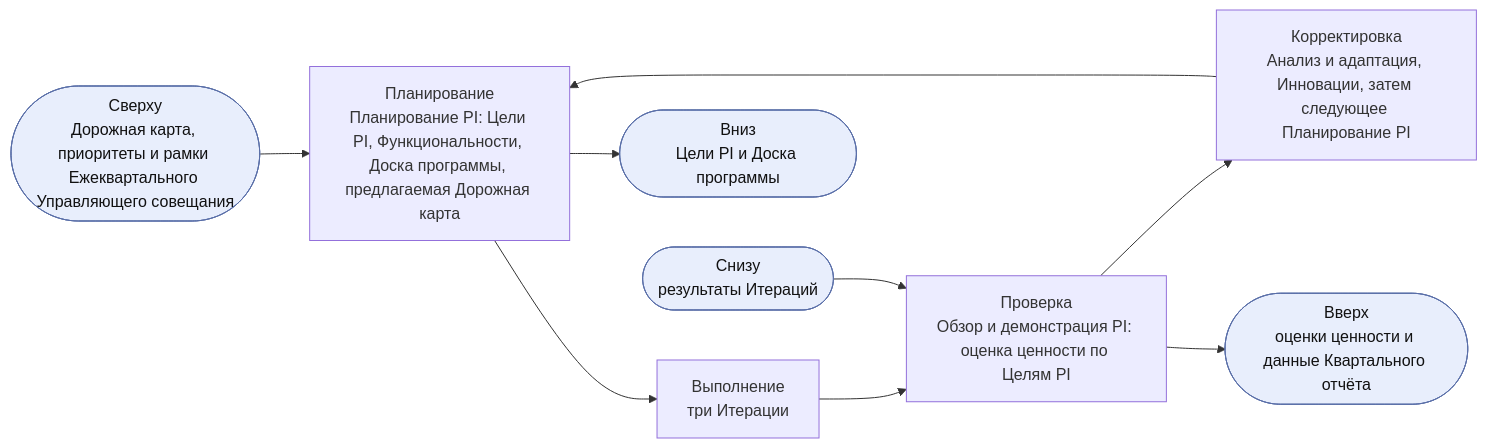
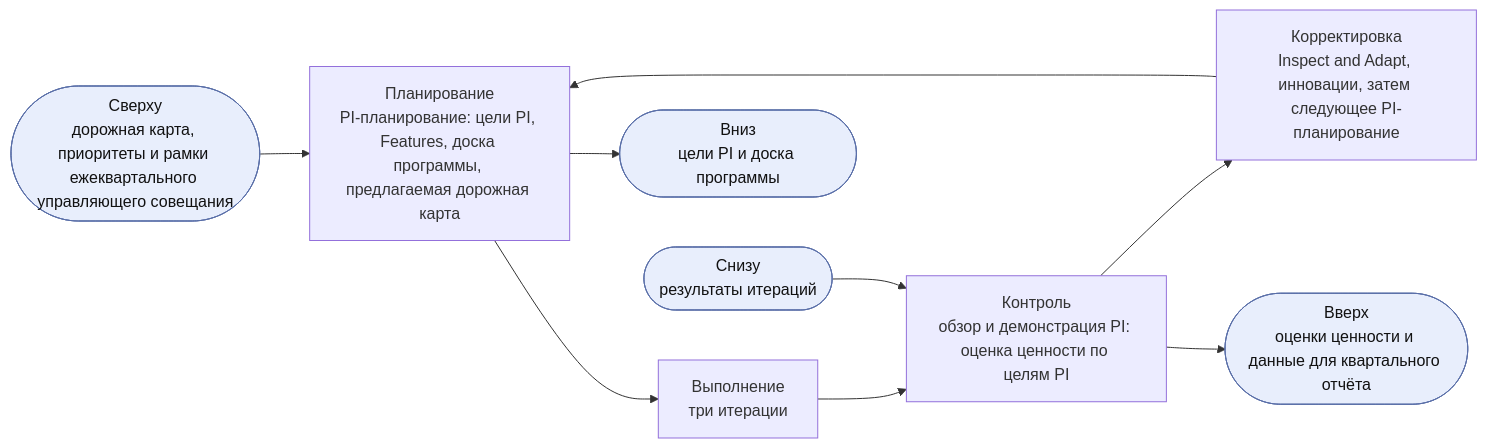
The fifth of 13 diagrams in charter/ru/documents/solution-lifecycle-model.md (devhogu/ob-aicc), drawn with Mermaid before and after one commit. The commit also changed other lines of this file and 1 other file, not shown here.

````diff
--- a/charter/ru/documents/solution-lifecycle-model.md
+++ b/charter/ru/documents/solution-lifecycle-model.md
@@ -273,9 +273,9 @@
 ```mermaid
 flowchart LR
-  IN(["Сверху<br/>Дорожная карта, приоритеты и рамки Ежеквартального Управляющего совещания"]):::iface --> P
-  P["Планирование<br/>Планирование PI: Цели PI, Функциональности, Доска программы, предлагаемая Дорожная карта"] --> D["Выполнение<br/>три Итерации"] --> C["Проверка<br/>Обзор и демонстрация PI: оценка ценности по Целям PI"] --> A["Корректировка<br/>Анализ и адаптация, Инновации, затем следующее Планирование PI"] --> P
-  P --> OUT(["Вниз<br/>Цели PI и Доска программы"]):::iface
-  EV(["Снизу<br/>результаты Итераций"]):::iface --> C
-  C --> UP(["Вверх<br/>оценки ценности и данные Квартального отчёта"]):::iface
+  IN(["Сверху<br/>дорожная карта, приоритеты и рамки ежеквартального управляющего совещания"]):::iface --> P
+  P["Планирование<br/>PI-планирование: цели PI, Features, доска программы, предлагаемая дорожная карта"] --> D["Выполнение<br/>три итерации"] --> C["Контроль<br/>обзор и демонстрация PI: оценка ценности по целям PI"] --> A["Корректировка<br/>Inspect and Adapt, инновации, затем следующее PI-планирование"] --> P
+  P --> OUT(["Вниз<br/>цели PI и доска программы"]):::iface
+  EV(["Снизу<br/>результаты итераций"]):::iface --> C
+  C --> UP(["Вверх<br/>оценки ценности и данные для квартального отчёта"]):::iface
   classDef iface fill:#e8eefc,stroke:#5a6fa8,color:#111
 ```
````
